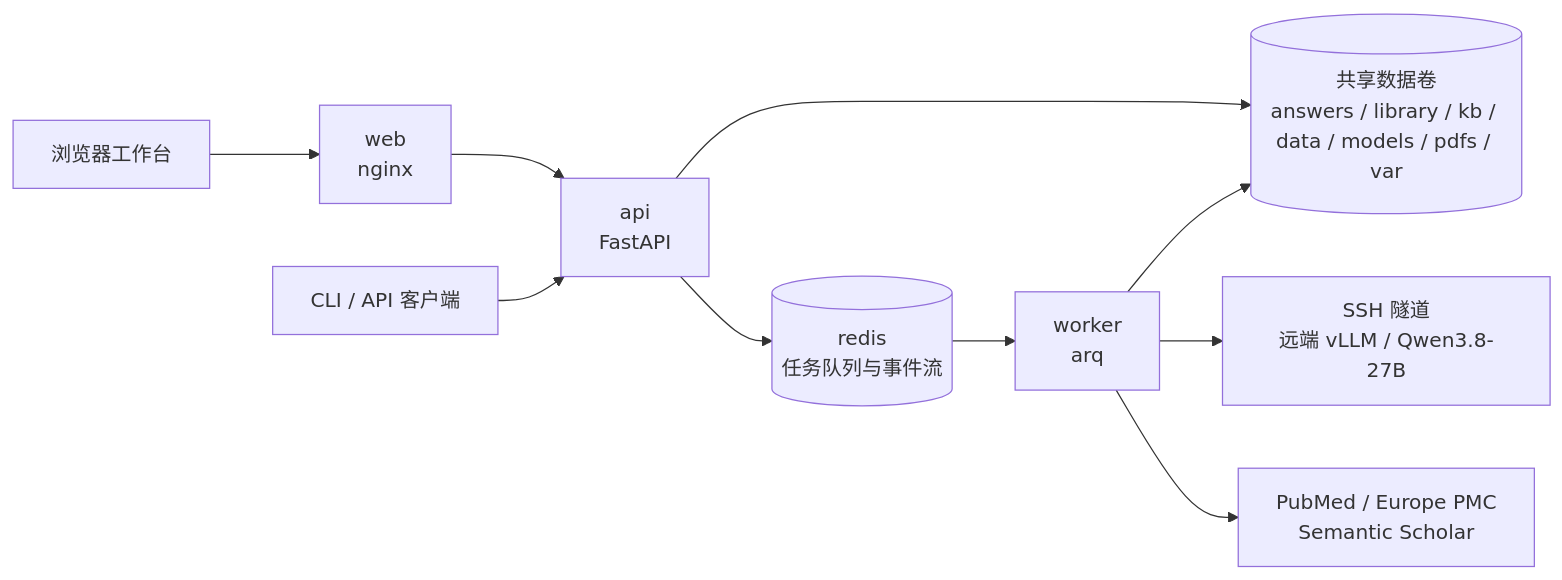
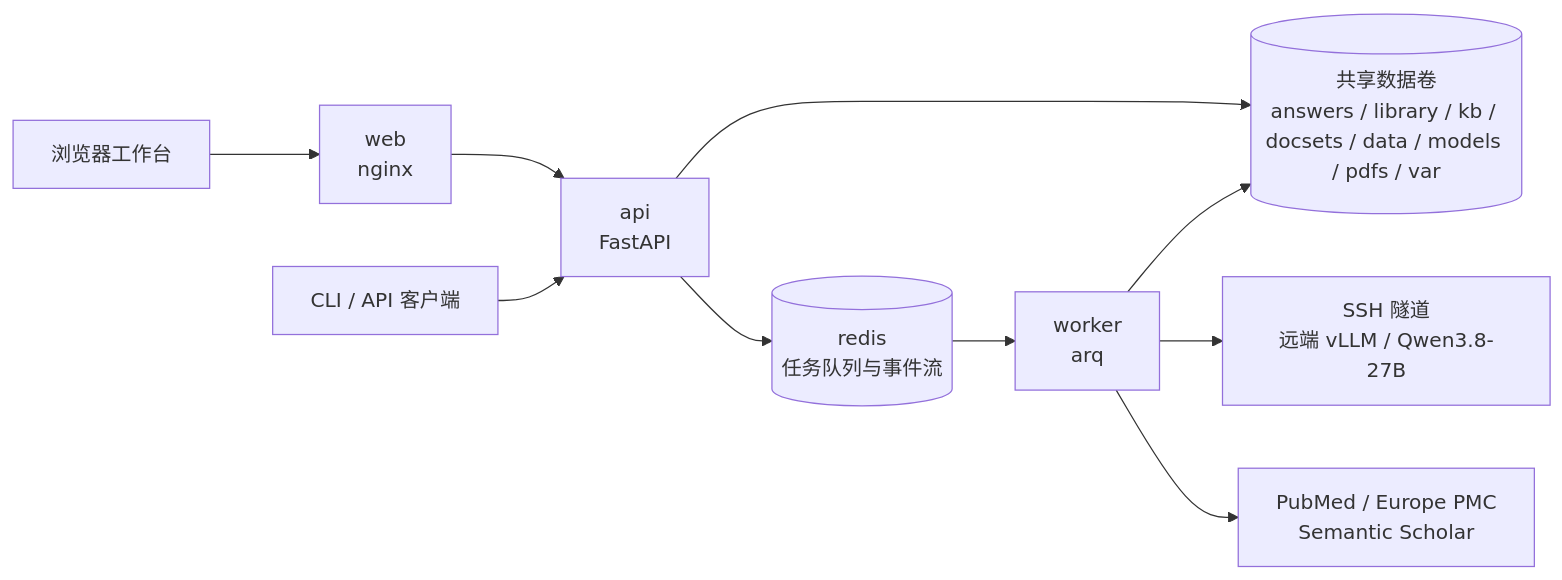
Before and after one commit to Lynricsy/PicoSeek: the diagram in README.md, drawn with Mermaid. The commit also changed other lines of this file and 2 other files, not shown here.

````diff
--- a/README.md
+++ b/README.md
@@ -98,22 +98,22 @@
 ```mermaid
 flowchart LR
     Client[CLI / API 客户端]
     Browser[浏览器工作台]
     Web[web<br/>nginx]
     API[api<br/>FastAPI]
     Redis[(redis<br/>任务队列与事件流)]
     Worker[worker<br/>arq]
-    Data[(共享数据卷<br/>answers / library / kb / data / models / pdfs / var)]
+    Data[(共享数据卷<br/>answers / library / kb / docsets / data / models / pdfs / var)]
     LLM[SSH 隧道<br/>远端 vLLM / Qwen3.8-27B]
     Sources[PubMed / Europe PMC<br/>Semantic Scholar]
 
     Browser --> Web
     Web --> API
     Client --> API
     API --> Redis
     Redis --> Worker
     API --> Data
     Worker --> Data
     Worker --> LLM
     Worker --> Sources
 ```
````
